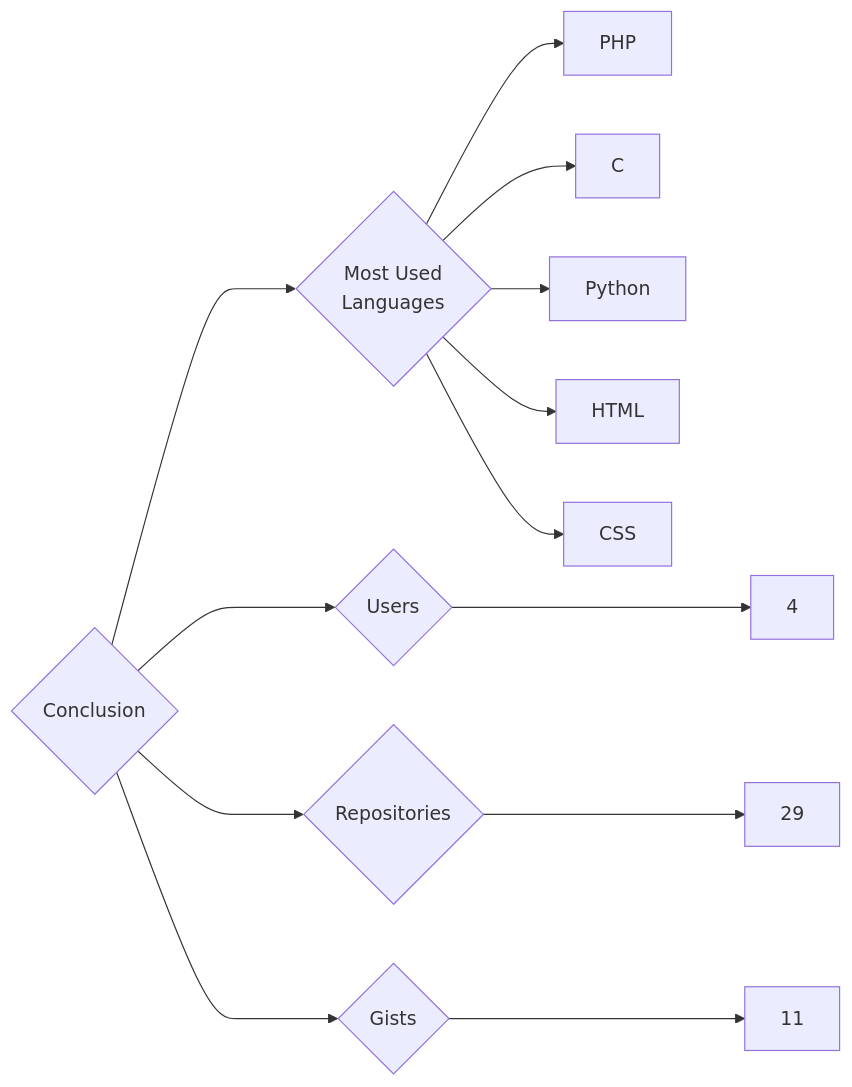
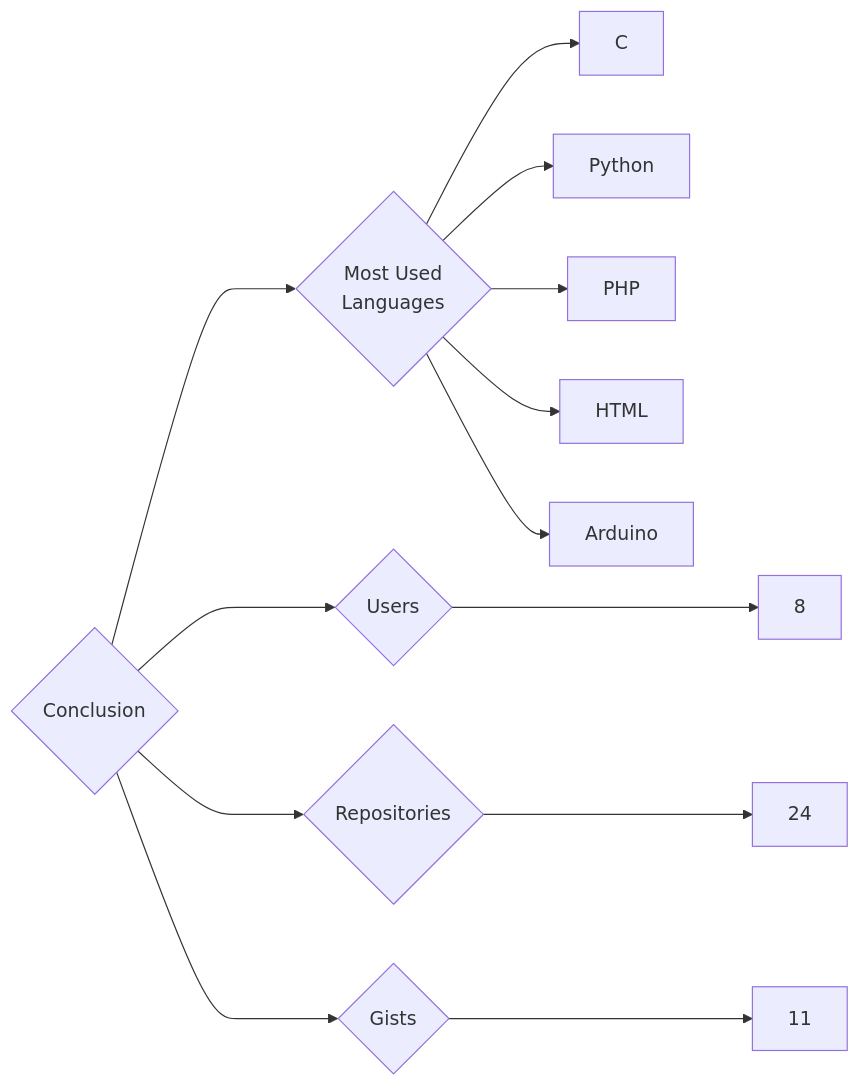
Before and after one commit to trickest/insiders: the diagram in targets/Conclusion/README.md, drawn with Mermaid. The commit also changed 1030 other files, not shown here.

````diff
--- a/targets/Conclusion/README.md
+++ b/targets/Conclusion/README.md
@@ -3,13 +3,13 @@
 ```mermaid
 graph LR
 COMPANY_NAME{Conclusion}
-COMPANY_NAME ---> U{Users} ---> UN[4]
-COMPANY_NAME ---> R{Repositories} ---> RN[29]
+COMPANY_NAME ---> U{Users} ---> UN[8]
+COMPANY_NAME ---> R{Repositories} ---> RN[24]
 COMPANY_NAME ---> G{Gists} ---> GN[11]
 COMPANY_NAME ---> ML{Most Used<br>Languages}
-ML --> PHP[PHP]
 ML --> C[C]
 ML --> Python[Python]
+ML --> PHP[PHP]
 ML --> HTML[HTML]
-ML --> CSS[CSS]
+ML --> Arduino[Arduino]
 ```
````
